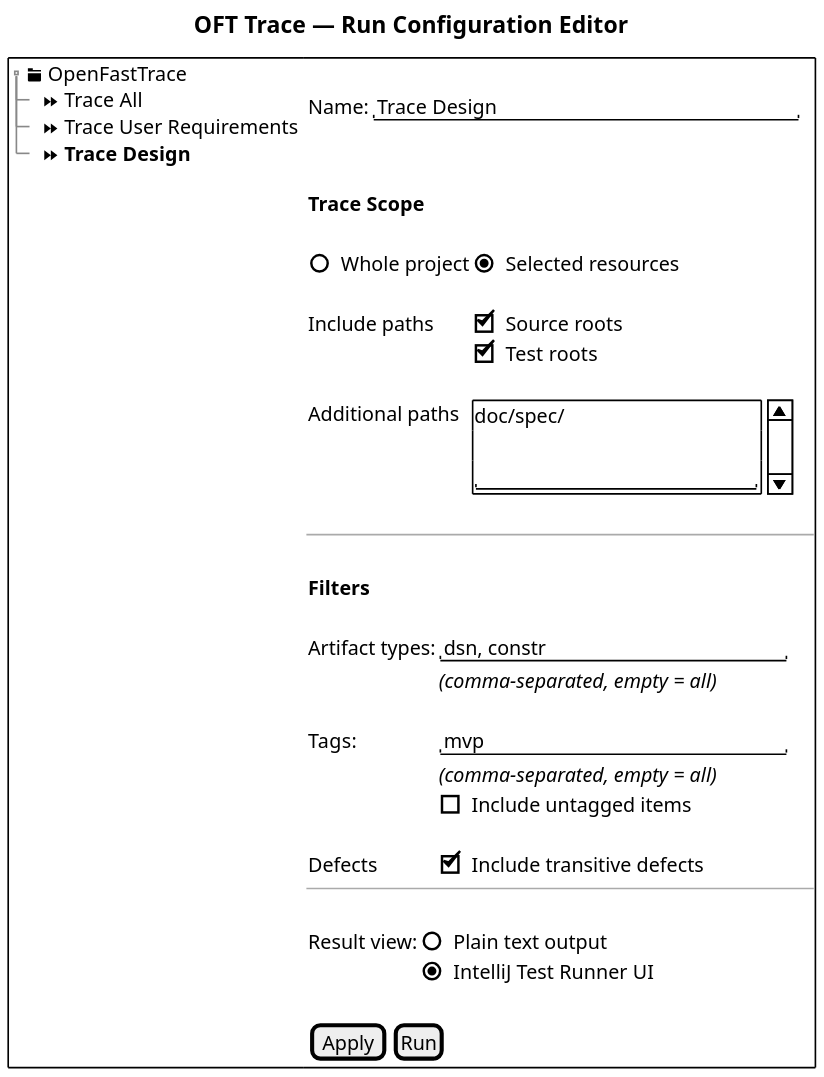
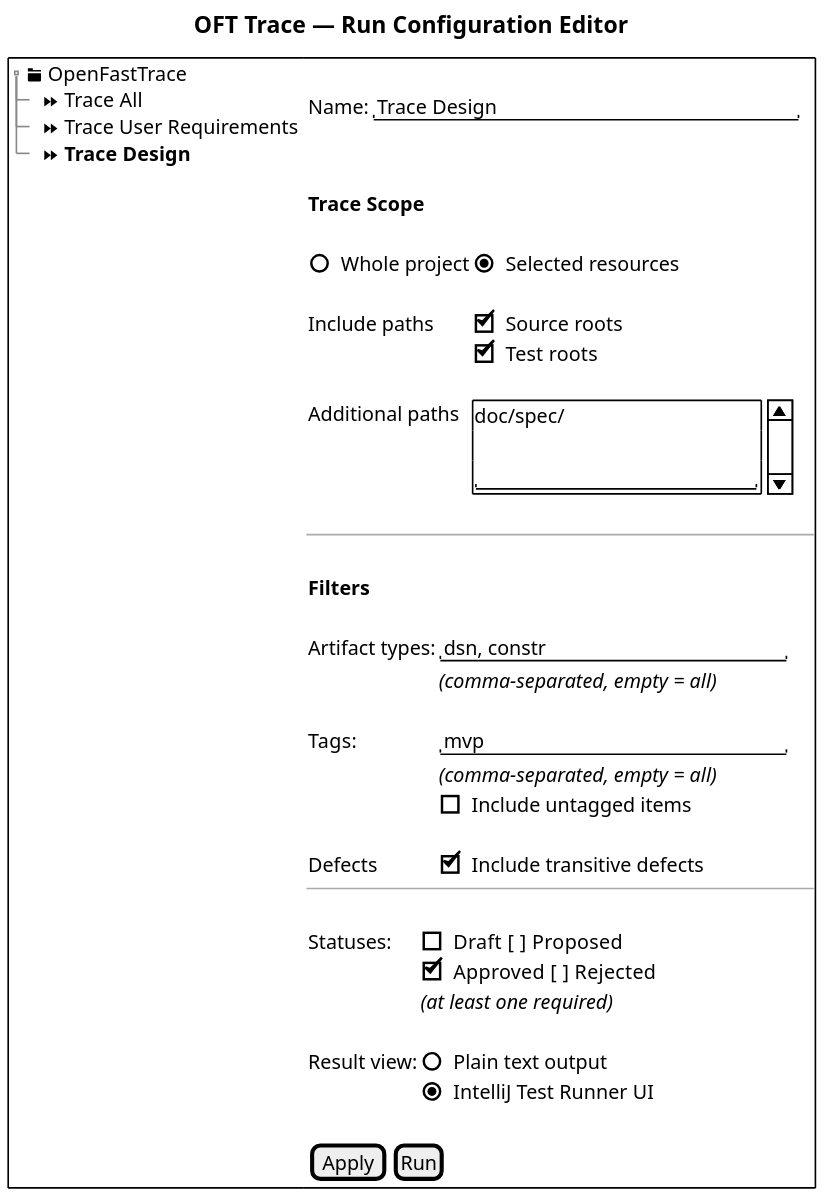
The seventh of 7 diagrams in doc/design/building_block_view.md (itsallcode/openfasttrace-intellij-plugin), drawn with PlantUML before and after one commit. The commit also changed other lines of this file and 45 other files, not shown here.

````diff
--- a/doc/design/building_block_view.md
+++ b/doc/design/building_block_view.md
@@ -419,63 +436,67 @@
 ```plantuml
 @startsalt
 title OFT Trace — Run Configuration Editor
 scale 2
 {+
   {T
     + <&folder> OpenFastTrace
     ++ <&media-skip-forward> Trace All
     ++ <&media-skip-forward> Trace User Requirements
     ++ <&media-skip-forward> <b>Trace Design
   } |
   {
     {
         .
         Name: | "Trace Design                    "
         .
     }
     {
         .
         <b>Trace Scope
         .
         ()  Whole project         |  (X) Selected resources
         .                         | .
         Include paths             | [X] Source roots
         .                         | [X] Test roots
         .                         | .
         Additional paths          | {SI
                                      doc/spec/
 
                                      .
                                      "                     "
                                     }
         .
       }
       ---
       {
         .
         <b>Filters      | .
         .               | .
         Artifact types: | "dsn, constr               "
         .               | <i>(comma-separated, empty = all)
         .               | .
         Tags:           | "mvp                       "
         .               | <i>(comma-separated, empty = all)
         .               |  [ ] Include untagged items
         .               | .
         Defects         |  [X] Include transitive defects
      }
      ---
      {
         .               | .
+        Statuses:       | [ ] Draft  [ ] Proposed
+        .               | [X] Approved  [ ] Rejected
+        .               | <i>(at least one required)
+        .               | .
         Result view:    | ()  Plain text output
         .               | (X) IntelliJ Test Runner UI
         .               | .
     }
 
     {
       [Apply] | [Run]
     }
   }
 }
 @endsalt
 ```
````
